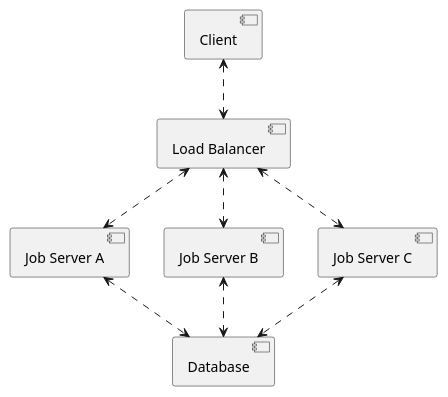
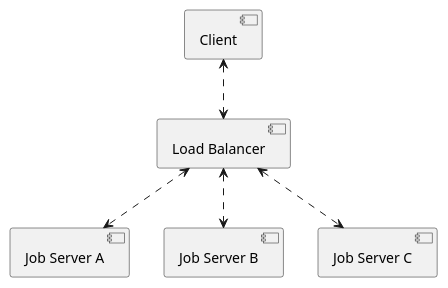
Before and after one commit to BradleyWood/RMD: the diagram in proposal/balancing.puml, drawn with PlantUML. The commit also changed 3 other files, not shown here.

Commit message:
update diagrams

```diff
--- a/proposal/balancing.puml
+++ b/proposal/balancing.puml
@@ -1,20 +1,20 @@
 @startuml
 
 [Client] as client
 [Load Balancer] as balancer
-[Database] as db
+'[Database] as db
 
 [Job Server A] as serverA
 [Job Server B] as serverB
 [Job Server C] as serverC
 
 client <..> balancer
 balancer <..> serverA
 balancer <..> serverB
 balancer <..> serverC
 
-serverA <..> db
-serverB <..> db
-serverC <..> db
+'serverA <..> db
+'serverB <..> db
+'serverC <..> db
 
 @enduml
```
